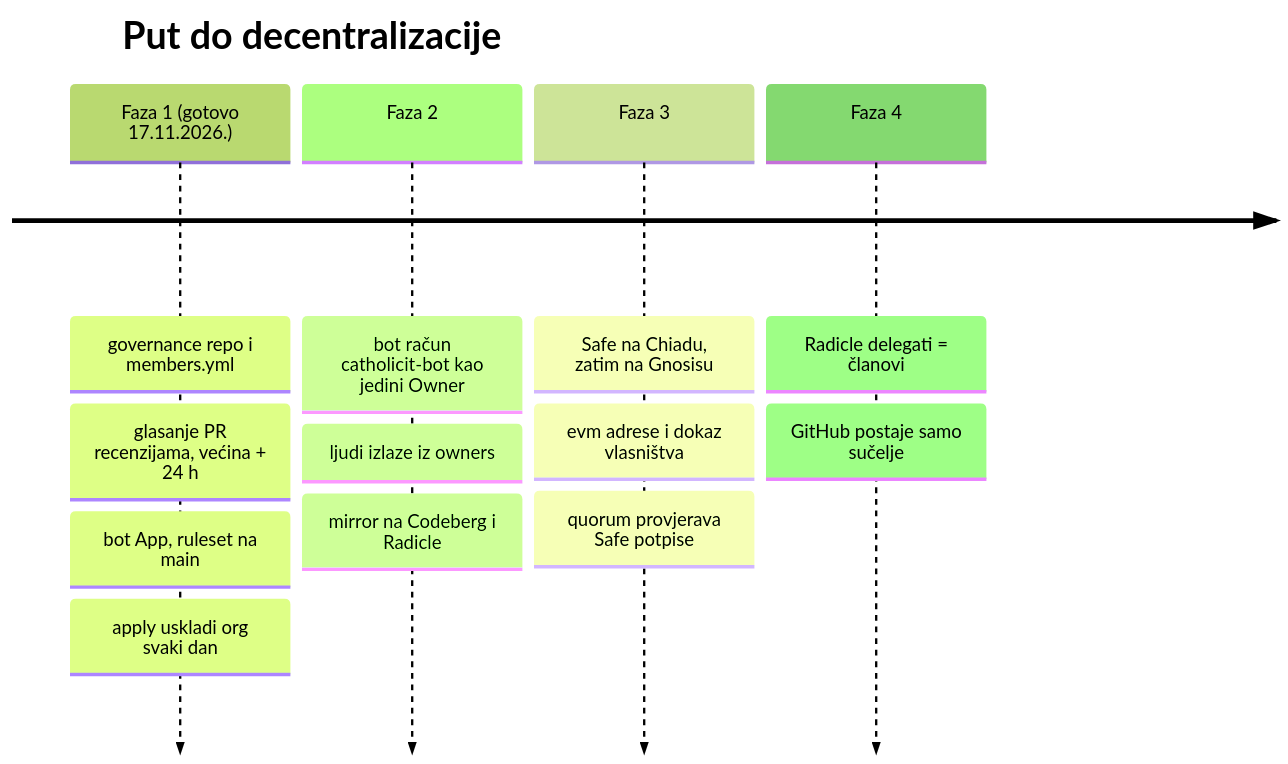
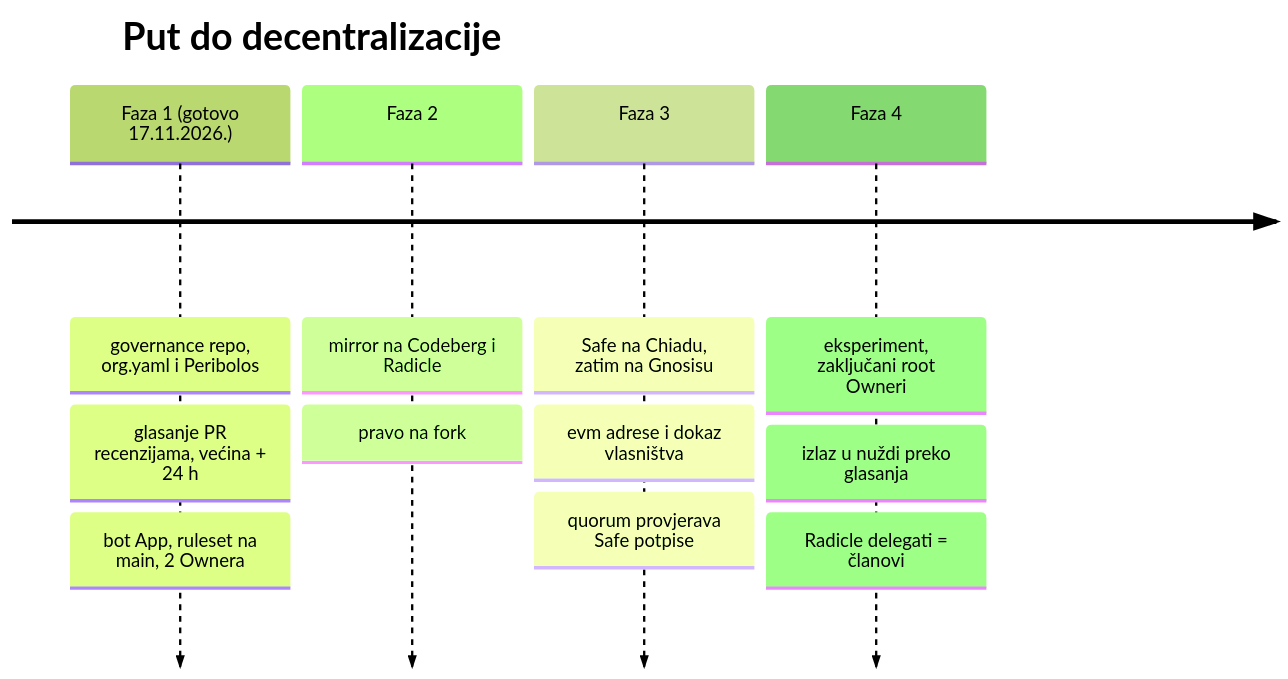
Before and after one commit to catholicit/governance: diagram 13 of 14 in docs/arhitektura.md, drawn with Mermaid (forest theme). The commit also changed other lines of this file and 11 other files, not shown here.

First line of the commit message:
Peribolos umjesto vlastitog reconcilea; drugi Owner prilikazasusretsync (#3)

````diff
--- a/docs/arhitektura.md
+++ b/docs/arhitektura.md
@@ -445,16 +503,15 @@
 ```mermaid
 timeline
     title Put do decentralizacije
-    Faza 1 (gotovo 17.11.2026.) : governance repo i members.yml
+    Faza 1 (gotovo 17.11.2026.) : governance repo, org.yaml i Peribolos
                                 : glasanje PR recenzijama, većina + 24 h
-                                : bot App, ruleset na main
-                                : apply uskladi org svaki dan
-    Faza 2 : bot račun catholicit-bot kao jedini Owner
-           : ljudi izlaze iz owners
-           : mirror na Codeberg i Radicle
+                                : bot App, ruleset na main, 2 Ownera
+    Faza 2 : mirror na Codeberg i Radicle
+           : pravo na fork
     Faza 3 : Safe na Chiadu, zatim na Gnosisu
            : evm adrese i dokaz vlasništva
            : quorum provjerava Safe potpise
-    Faza 4 : Radicle delegati = članovi
-           : GitHub postaje samo sučelje
+    Faza 4 : eksperiment, zaključani root Owneri
+           : izlaz u nuždi preko glasanja
+           : Radicle delegati = članovi
 ```
````
